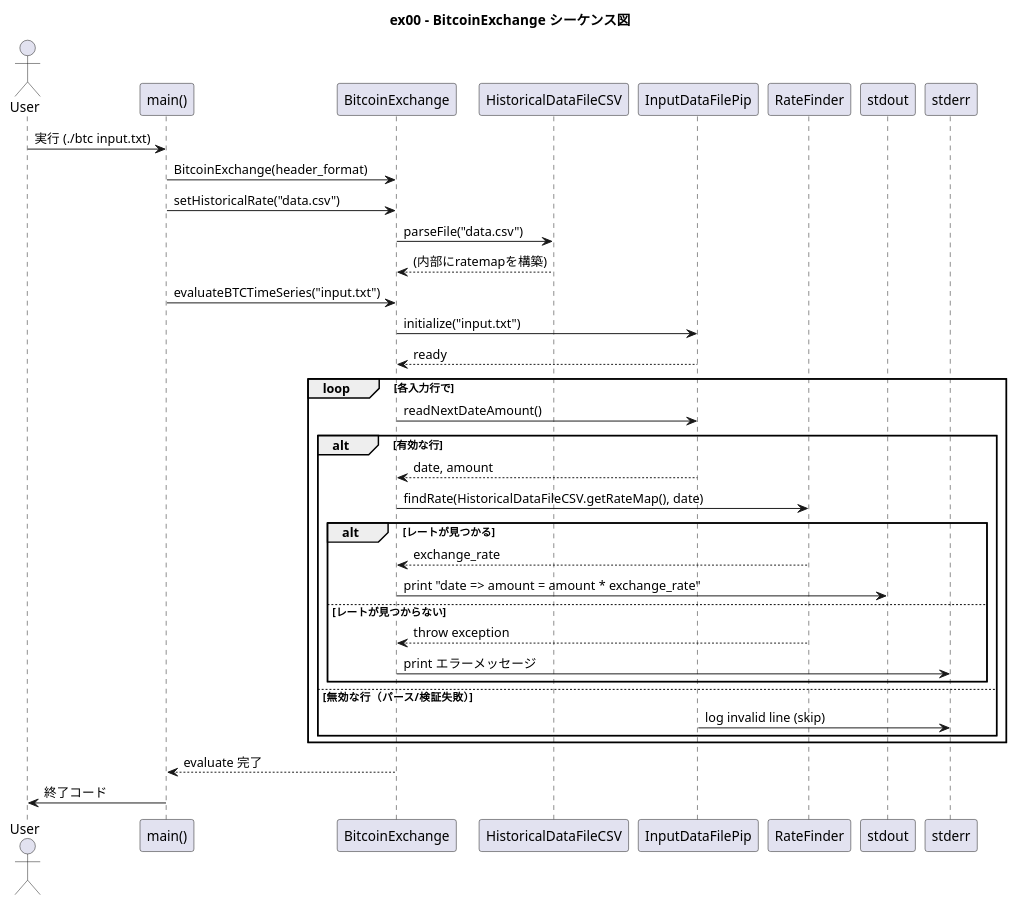
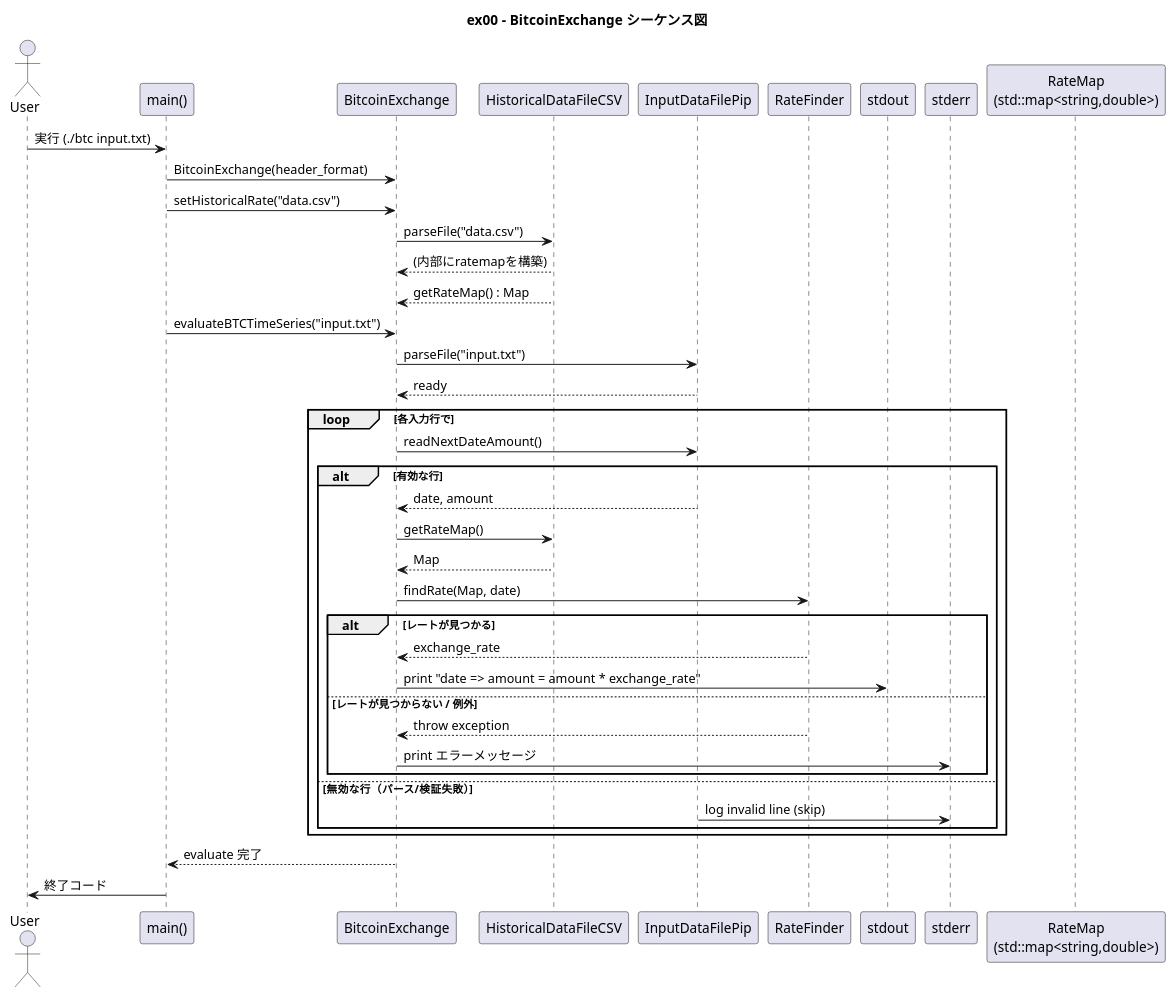
Before and after one commit to ra121e/cpp09: the diagram in ex00/sequence_ex00.puml, drawn with PlantUML. The commit also changed 1 other file, not shown here.

Commit message:
ex00) fix: UML

```diff
--- a/ex00/sequence_ex00.puml
+++ b/ex00/sequence_ex00.puml
@@ -1,43 +1,47 @@
 @startuml ex00_sequence
 title ex00 - BitcoinExchange シーケンス図
 
 actor User
 participant Main as "main()"
 participant BitcoinExchange as "BitcoinExchange"
 participant HistoricalDataFileCSV as "HistoricalDataFileCSV"
 participant InputDataFilePip as "InputDataFilePip"
 participant RateFinder as "RateFinder"
 participant StdOut as "stdout"
 participant StdErr as "stderr"
+participant Map as "RateMap\n(std::map<string,double>)"
 
 User -> Main: 実行 (./btc input.txt)
 Main -> BitcoinExchange: BitcoinExchange(header_format)
 Main -> BitcoinExchange: setHistoricalRate("data.csv")
 BitcoinExchange -> HistoricalDataFileCSV: parseFile("data.csv")
 HistoricalDataFileCSV --> BitcoinExchange: (内部にratemapを構築)
+HistoricalDataFileCSV --> BitcoinExchange: getRateMap() : Map
 
 Main -> BitcoinExchange: evaluateBTCTimeSeries("input.txt")
-BitcoinExchange -> InputDataFilePip: initialize("input.txt")
+BitcoinExchange -> InputDataFilePip: parseFile("input.txt")
 InputDataFilePip --> BitcoinExchange: ready
 
 loop 各入力行で
     BitcoinExchange -> InputDataFilePip: readNextDateAmount()
     alt 有効な行
         InputDataFilePip --> BitcoinExchange: date, amount
-        BitcoinExchange -> RateFinder: findRate(HistoricalDataFileCSV.getRateMap(), date)
+        BitcoinExchange -> HistoricalDataFileCSV: getRateMap()
+        HistoricalDataFileCSV --> BitcoinExchange: Map
+        BitcoinExchange -> RateFinder: findRate(Map, date)
         alt レートが見つかる
             RateFinder --> BitcoinExchange: exchange_rate
             BitcoinExchange -> StdOut: print "date => amount = amount * exchange_rate"
-        else レートが見つからない
+        else レートが見つからない / 例外
             RateFinder --> BitcoinExchange: throw exception
             BitcoinExchange -> StdErr: print エラーメッセージ
         end
     else 無効な行（パース/検証失敗）
         InputDataFilePip -> StdErr: log invalid line (skip)
     end
 end
 
 BitcoinExchange --> Main: evaluate 完了
 Main -> User: 終了コード
 
 @enduml
```
